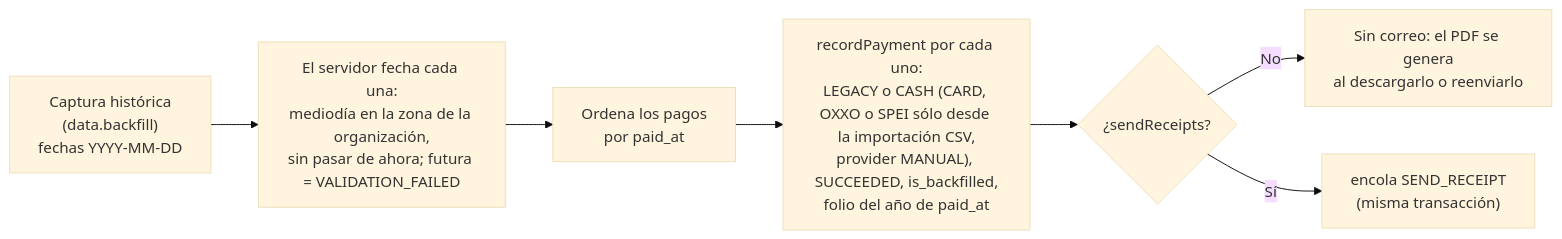
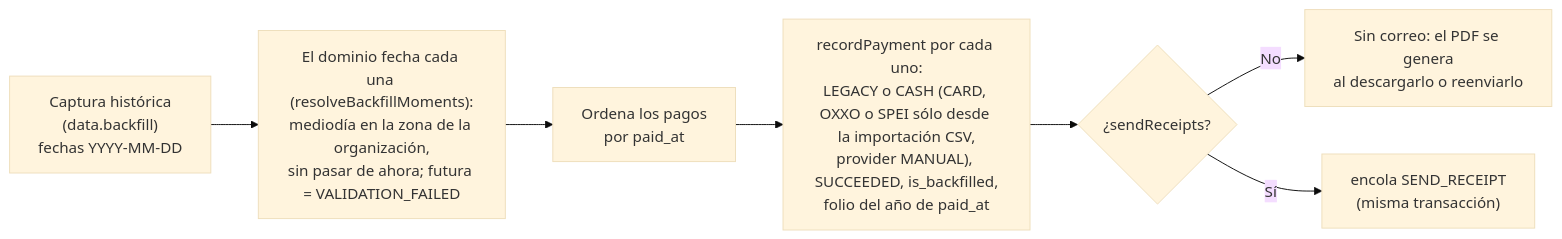
The fourth of 12 diagrams in docs/diagrams/payment-flow.md (erickgs2/ruta_mochilera), drawn with Mermaid (base theme) before and after one commit. The commit also changed 9 other files, not shown here.

````diff
--- a/docs/diagrams/payment-flow.md
+++ b/docs/diagrams/payment-flow.md
@@ -115,9 +115,9 @@
 ```mermaid
 flowchart LR
-    A["Captura histórica<br/>(data.backfill)<br/>fechas YYYY-MM-DD"] --> A2["El servidor fecha cada una:<br/>mediodía en la zona de la organización,<br/>sin pasar de ahora; futura = VALIDATION_FAILED"]
+    A["Captura histórica<br/>(data.backfill)<br/>fechas YYYY-MM-DD"] --> A2["El dominio fecha cada una (resolveBackfillMoments):<br/>mediodía en la zona de la organización,<br/>sin pasar de ahora; futura = VALIDATION_FAILED"]
     A2 --> B["Ordena los pagos<br/>por paid_at"]
     B --> C["recordPayment por cada uno:<br/>LEGACY o CASH (CARD, OXXO o SPEI sólo desde la importación CSV,<br/>provider MANUAL), SUCCEEDED, is_backfilled,<br/>folio del año de paid_at"]
     C --> D{"¿sendReceipts?"}
     D -- No --> E["Sin correo: el PDF se genera<br/>al descargarlo o reenviarlo"]
     D -- Sí --> F["encola SEND_RECEIPT<br/>(misma transacción)"]
 ```
````
